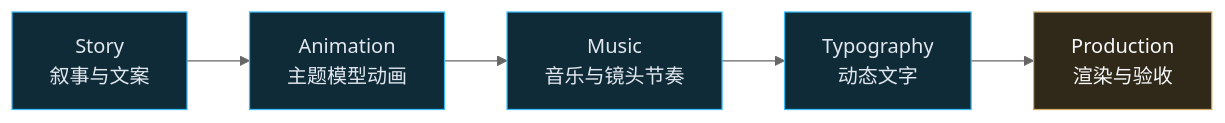
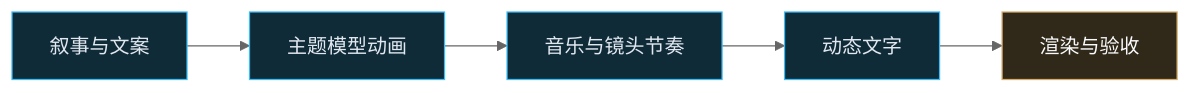
The first of 2 diagrams in README.md (win520-1206/vibe-video-studio), drawn with Mermaid (neutral theme) before and after one commit. The commit also changed other lines of this file, not shown here.

````diff
--- a/README.md
+++ b/README.md
@@ -133,11 +131,11 @@
 ```mermaid
 flowchart LR
-    A["Story<br/>叙事与文案"] --> B["Animation<br/>主题模型动画"]
-    B --> C["Music<br/>音乐与镜头节奏"]
-    C --> D["Typography<br/>动态文字"]
-    D --> E["Production<br/>渲染与验收"]
+    A["叙事与文案"] --> B["主题模型动画"]
+    B --> C["音乐与镜头节奏"]
+    C --> D["动态文字"]
+    D --> E["渲染与验收"]
     classDef creative fill:#102b38,stroke:#38bdf8,color:#e2e8f0
     classDef production fill:#302818,stroke:#d6ac69,color:#f8fafc
     class A,B,C,D creative
     class E production
 ```
````
